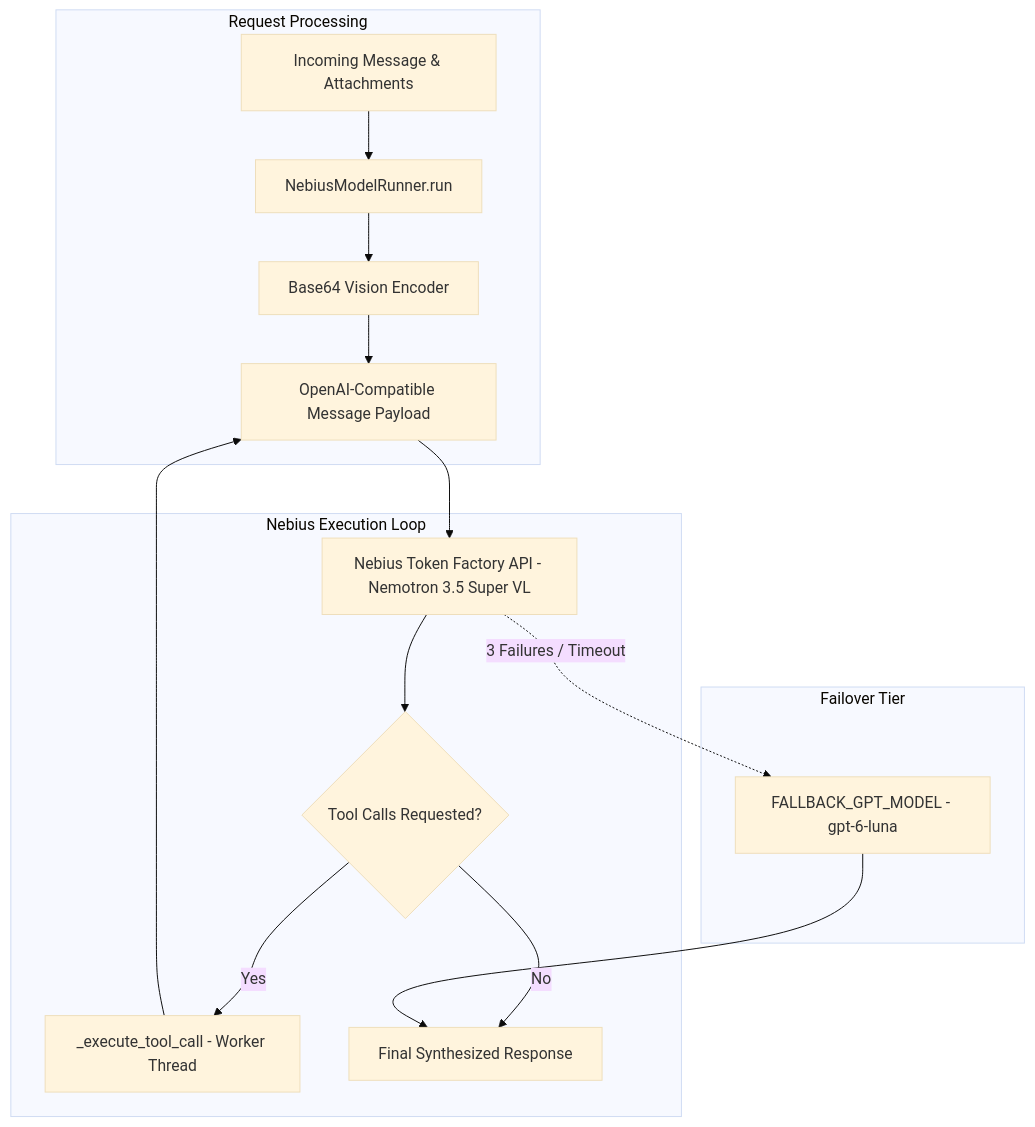
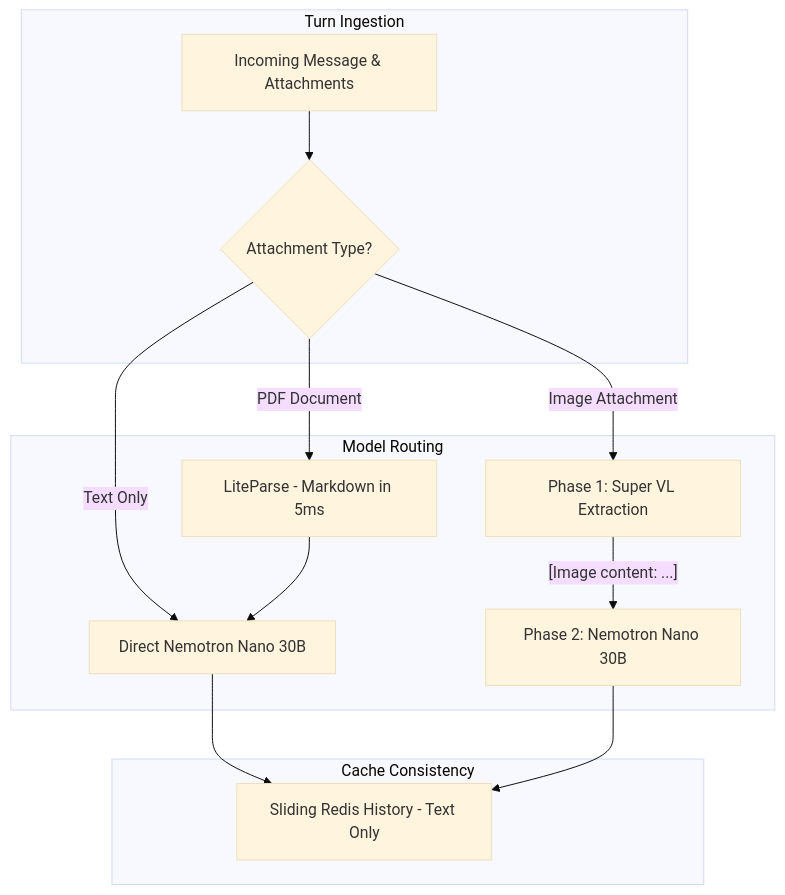
One commit to AmritSDutta/Aryhant changed the diagram in docs/nebius.mdx. Above: the diagram before and after it, drawn with Mermaid (base theme). The commit also changed other lines of this file and 8 other files, not shown here.

````diff
--- a/docs/nebius.mdx
+++ b/docs/nebius.mdx
@@ -14,19 +14,19 @@
 ```mermaid
 flowchart TD
-  subgraph Request["Request Processing"]
-    Content["Incoming Message & Attachments"] --> Runner["NebiusModelRunner.run"]
-    Runner --> Vision["Base64 Vision Encoder"]
-    Vision --> Messages["OpenAI-Compatible Message Payload"]
+  subgraph Input["Turn Ingestion"]
+    Msg["Incoming Message & Attachments"]
+    Classify{"Attachment Type?"}
+    Msg --> Classify
   end
-  subgraph Execution["Nebius Execution Loop"]
-    Messages --> API["Nebius Token Factory API - Nemotron 3.5 Super VL"]
-    API --> ToolCheck{"Tool Calls Requested?"}
-    ToolCheck -- "Yes" --> ToolExec["_execute_tool_call - Worker Thread"]
-    ToolExec --> Messages
-    ToolCheck -- "No" --> Reply["Final Synthesized Response"]
+  subgraph Routing["Model Routing"]
+    Classify -- "Text Only" --> NanoDirect["Direct Nemotron Nano 30B"]
+    Classify -- "PDF Document" --> LiteParse["LiteParse - Markdown in 5ms"]
+    Classify -- "Image Attachment" --> Phase1["Phase 1: Super VL Extraction"]
+    LiteParse --> NanoDirect
+    Phase1 -->|"[Image content: ...]"| NanoAnswer["Phase 2: Nemotron Nano 30B"]
   end
-  subgraph Fallback["Failover Tier"]
-    API -. "3 Failures / Timeout" .-> GPT["FALLBACK_GPT_MODEL - gpt-6-luna"]
-    GPT --> Reply
+  subgraph Persistence["Cache Consistency"]
+    NanoDirect --> History["Sliding Redis History - Text Only"]
+    NanoAnswer --> History
   end
 ```
````
